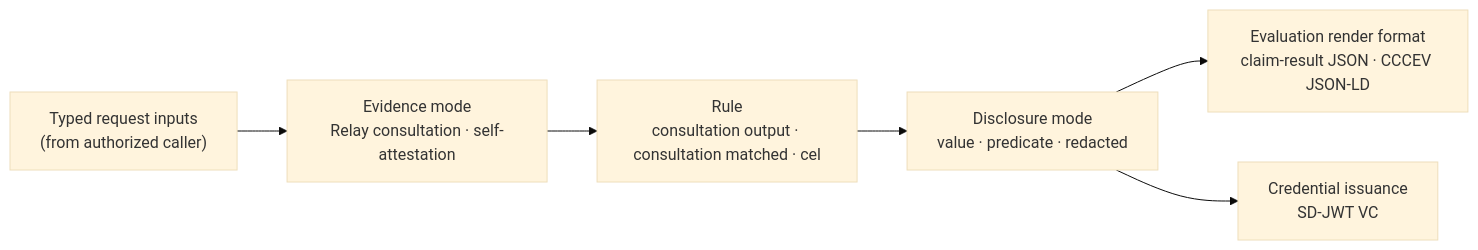
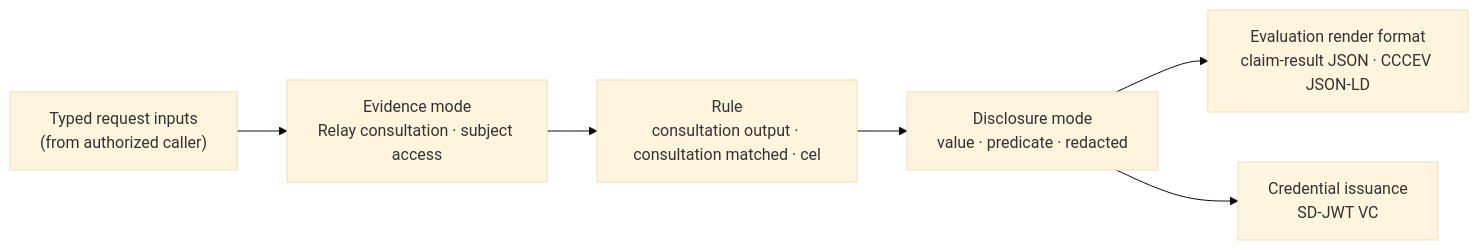
One commit to registrystack/registry-stack changed the diagram in docs/site/src/content/docs/spec/rs-pr-notary.mdx. Above: the diagram before and after it, drawn with Mermaid (base theme). The commit also changed other lines of this file and 166 other files, not shown here.

Commit message:
fix(notary): remove self-attested claim evidence

````diff
--- a/docs/site/src/content/docs/spec/rs-pr-notary.mdx
+++ b/docs/site/src/content/docs/spec/rs-pr-notary.mdx
@@ -108,11 +109,11 @@
 ```mermaid
 flowchart LR
     subject["Typed request inputs<br/>(from authorized caller)"]
-    evidence["Evidence mode<br/>Relay consultation · self-attestation"]
+    evidence["Evidence mode<br/>Relay consultation · subject access"]
     rule["Rule<br/>consultation output · consultation matched · cel"]
     disclosure["Disclosure mode<br/>value · predicate · redacted"]
     format["Evaluation render format<br/>claim-result JSON · CCCEV JSON-LD"]
     credential["Credential issuance<br/>SD-JWT VC"]
     subject --> evidence --> rule --> disclosure --> format
     disclosure --> credential
 ```
````
